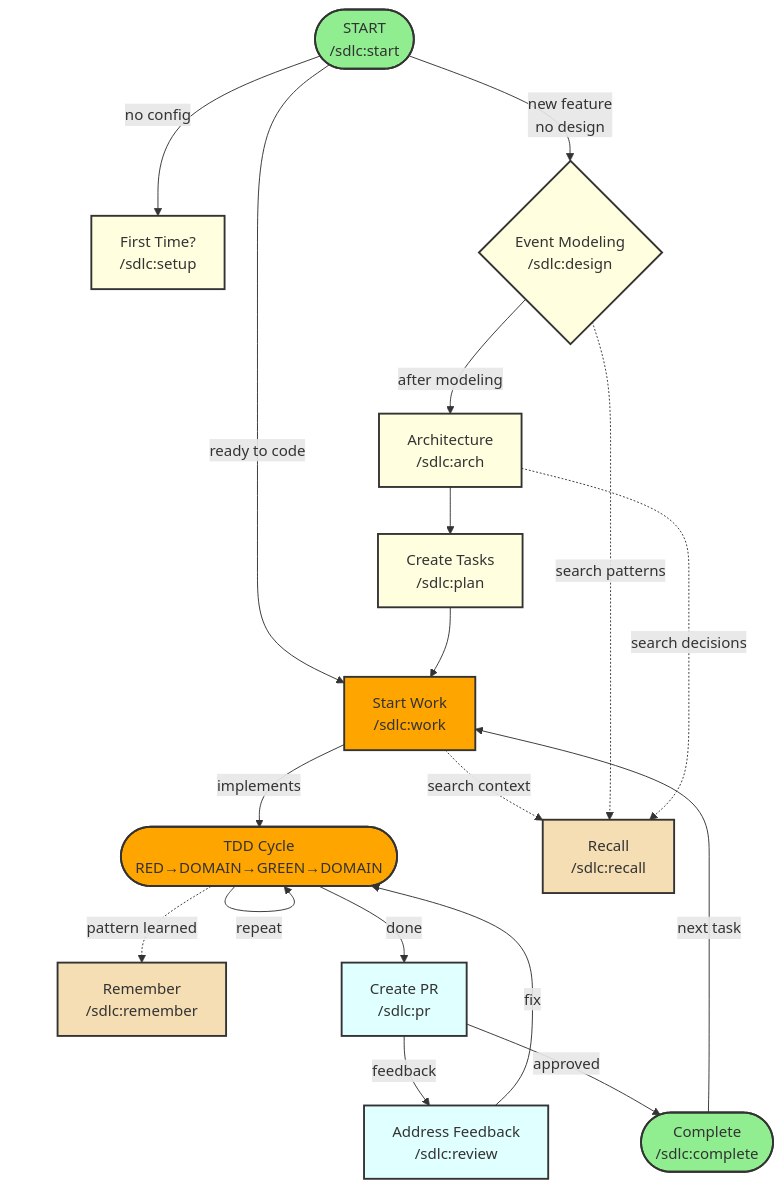
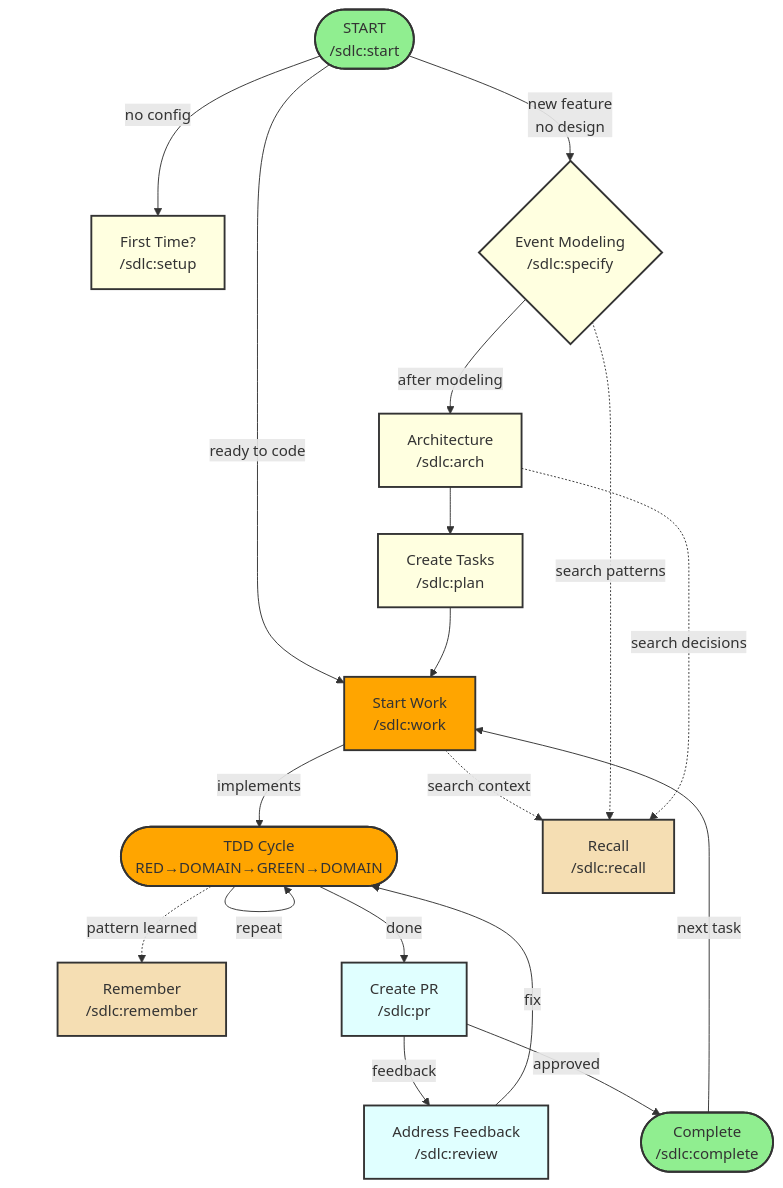
Before and after one commit to jwilger/claude-code-plugins: the diagram in sdlc/docs/visual-guides/complete-workflow.md, drawn with Mermaid. The commit also changed 19 other files, not shown here.

First line of the commit message:
feat(sdlc)\!: Rename design skill to specify (v14.0.0)

````diff
--- a/sdlc/docs/visual-guides/complete-workflow.md
+++ b/sdlc/docs/visual-guides/complete-workflow.md
@@ -1,56 +1,56 @@
 ```mermaid
 graph TB
     %% Entry points
     start([START<br/>/sdlc:start]):::entry
     setup[First Time?<br/>/sdlc:setup]:::planning
 
     %% Planning phase
-    design{Event Modeling<br/>/sdlc:design}:::planning
+    design{Event Modeling<br/>/sdlc:specify}:::planning
     arch[Architecture<br/>/sdlc:arch]:::planning
     plan[Create Tasks<br/>/sdlc:plan]:::planning
 
     %% Implementation phase
     work[Start Work<br/>/sdlc:work]:::implementation
     tdd([TDD Cycle<br/>RED→DOMAIN→GREEN→DOMAIN]):::implementation
 
     %% Review phase
     pr[Create PR<br/>/sdlc:pr]:::review
     review[Address Feedback<br/>/sdlc:review]:::review
     complete([Complete<br/>/sdlc:complete]):::entry
 
     %% Memory commands
     recall[Recall<br/>/sdlc:recall]:::memory
     remember[Remember<br/>/sdlc:remember]:::memory
 
     %% Workflow edges
     start -->|no config| setup
     start -->|new feature<br/>no design| design
     start -->|ready to code| work
 
     design -->|after modeling| arch
     arch --> plan
     plan --> work
 
     work -->|implements| tdd
     tdd -->|repeat| tdd
     tdd -->|done| pr
 
     pr -->|feedback| review
     pr -->|approved| complete
     review -->|fix| tdd
 
     complete -->|next task| work
 
     %% Memory integration (dashed)
     tdd -.->|pattern learned| remember
     work -.->|search context| recall
     design -.->|search patterns| recall
     arch -.->|search decisions| recall
 
     %% Styling
     classDef entry fill:#90EE90,stroke:#333,stroke-width:2px
     classDef planning fill:#FFFFE0,stroke:#333,stroke-width:2px
     classDef implementation fill:#FFA500,stroke:#333,stroke-width:2px
     classDef review fill:#E0FFFF,stroke:#333,stroke-width:2px
     classDef memory fill:#F5DEB3,stroke:#333,stroke-width:2px
 ```
````
